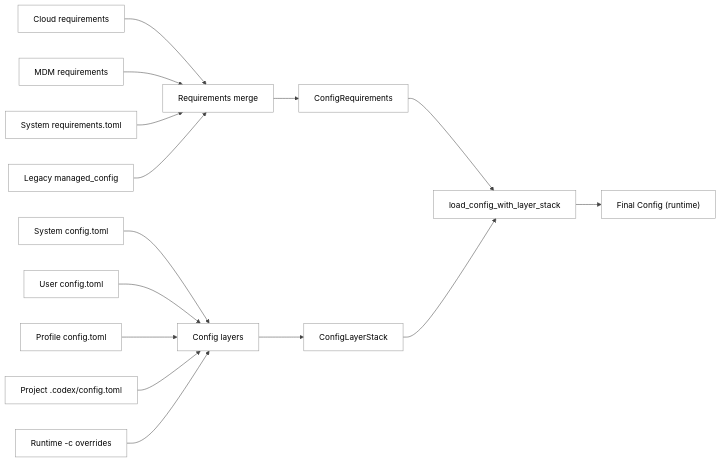
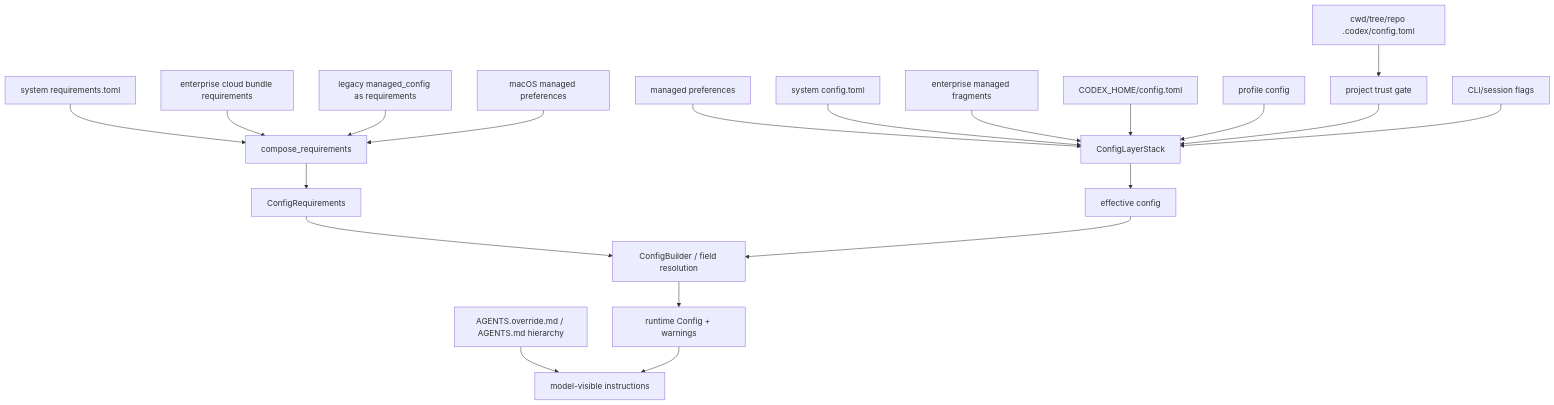
Before and after one commit to GLBB/codex-source-analysis: the diagram in Part I Principles and Usage/03-配置系统与企业要求.md, drawn with Mermaid. The commit also changed other lines of this file and 49 other files, not shown here.

````diff
--- a/Part I Principles and Usage/03-配置系统与企业要求.md
+++ b/Part I Principles and Usage/03-配置系统与企业要求.md
@@ -257,20 +21,25 @@
 ```mermaid
-%%{init: {"theme":"neutral","themeVariables":{"background":"#ffffff","mainBkg":"#ffffff","primaryColor":"#f5f5f5","primaryTextColor":"#000000","primaryBorderColor":"#333333","lineColor":"#444444","secondaryColor":"#f6f8fa","tertiaryColor":"#ffffff","clusterBkg":"#fafafa","clusterBorder":"#888888","edgeLabelBackground":"#ffffff","textColor":"#000000","fontFamily":"Helvetica"},"themeCSS":"svg { background: #ffffff !important; } .label, .nodeLabel, .edgeLabel, text { color: #000000 !important; fill: #000000 !important; }"}}%%
-flowchart LR
-    A1["Cloud requirements"] --> B1["Requirements merge"]
-    A2["MDM requirements"] --> B1
-    A3["System requirements.toml"] --> B1
-    A4["Legacy managed_config"] --> B1
+flowchart TD
+    SystemReq["system requirements.toml"] --> ReqCompose["compose_requirements"]
+    CloudReq["enterprise cloud bundle requirements"] --> ReqCompose
+    LegacyReq["legacy managed_config as requirements"] --> ReqCompose
+    MdmReq["macOS managed preferences"] --> ReqCompose
 
-    C1["System config.toml"] --> D1["Config layers"]
-    C2["User config.toml"] --> D1
-    C3["Profile config.toml"] --> D1
-    C4["Project .codex/config.toml"] --> D1
-    C5["Runtime -c overrides"] --> D1
+    MdmCfg["managed preferences"] --> ConfigStack["ConfigLayerStack"]
+    SystemCfg["system config.toml"] --> ConfigStack
+    CloudCfg["enterprise managed fragments"] --> ConfigStack
+    UserCfg["CODEX_HOME/config.toml"] --> ConfigStack
+    Profile["profile config"] --> ConfigStack
+    Project["cwd/tree/repo .codex/config.toml"] --> Trust["project trust gate"]
+    Trust --> ConfigStack
+    Runtime["CLI/session flags"] --> ConfigStack
 
-    B1 --> E1["ConfigRequirements"]
-    D1 --> E2["ConfigLayerStack"]
-    E1 --> F1["load_config_with_layer_stack"]
-    E2 --> F1
-    F1 --> G1["Final Config (runtime)"]
+    ReqCompose --> Requirements["ConfigRequirements"]
+    ConfigStack --> Effective["effective config"]
+    Requirements --> Resolve["ConfigBuilder / field resolution"]
+    Effective --> Resolve
+    Resolve --> Config["runtime Config + warnings"]
+
+    Agents["AGENTS.override.md / AGENTS.md hierarchy"] --> Instructions["model-visible instructions"]
+    Config --> Instructions
 ```
````
